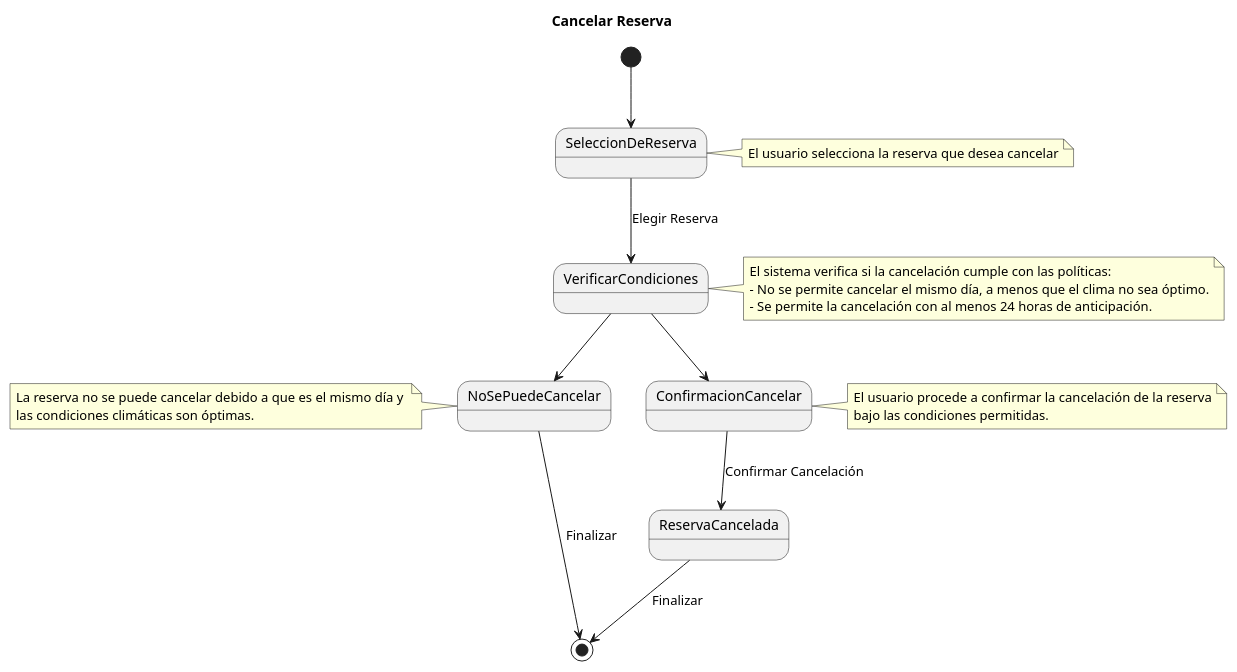
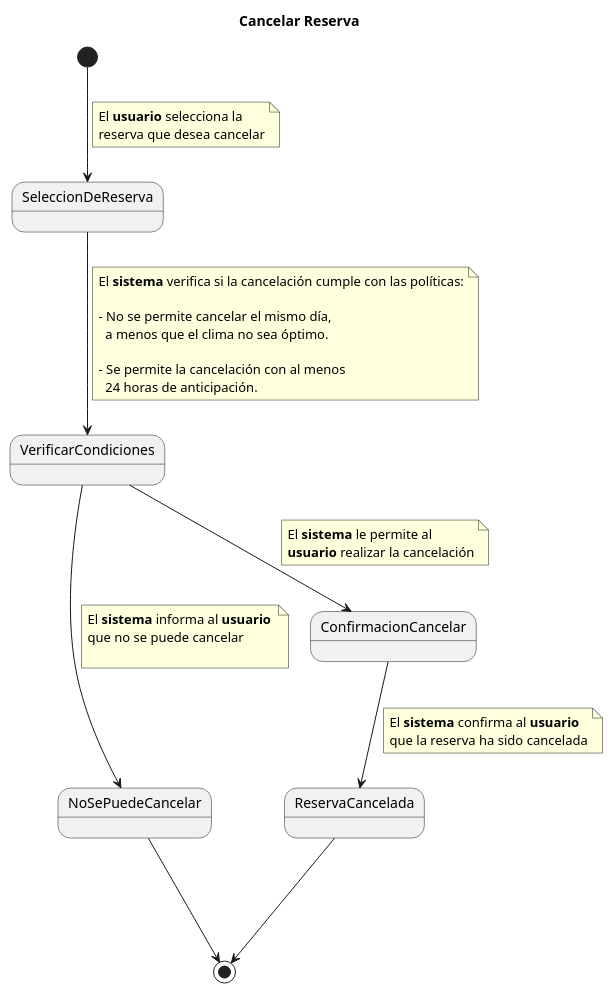
Before and after one commit to pablarce/23-24-IdSw1-SDR: the diagram in CasosDeUso/CduDetallados/CduReserva/CancelarReserva.puml, drawn with PlantUML. The commit also changed 1 other file, not shown here.

Commit message:
Cambios a CDU CancelarReserva

```diff
--- a/CasosDeUso/CduDetallados/CduReserva/CancelarReserva.puml
+++ b/CasosDeUso/CduDetallados/CduReserva/CancelarReserva.puml
@@ -1,34 +1,44 @@
 @startuml
 title Cancelar Reserva
 
 [*] --> SeleccionDeReserva
-note right of SeleccionDeReserva
- El usuario selecciona la reserva que desea cancelar
+note on link
+ El **usuario** selecciona la 
+ reserva que desea cancelar
 end note
 
-SeleccionDeReserva --> VerificarCondiciones : Elegir Reserva
-note right of VerificarCondiciones
- El sistema verifica si la cancelación cumple con las políticas:
- - No se permite cancelar el mismo día, a menos que el clima no sea óptimo.
- - Se permite la cancelación con al menos 24 horas de anticipación.
+SeleccionDeReserva --> VerificarCondiciones
+note on link
+ El **sistema** verifica si la cancelación cumple con las políticas:
+
+ - No se permite cancelar el mismo día, 
+   a menos que el clima no sea óptimo.
+
+ - Se permite la cancelación con al menos 
+   24 horas de anticipación.
 end note
 
-VerificarCondiciones --> NoSePuedeCancelar 
-note left of NoSePuedeCancelar
- La reserva no se puede cancelar debido a que es el mismo día y 
- las condiciones climáticas son óptimas.
+VerificarCondiciones ---> NoSePuedeCancelar 
+note on link
+ El **sistema** informa al **usuario** 
+ que no se puede cancelar
+
 end note
 
 VerificarCondiciones --> ConfirmacionCancelar
-note right of ConfirmacionCancelar
- El usuario procede a confirmar la cancelación de la reserva
- bajo las condiciones permitidas.
+note on link
+El **sistema** le permite al 
+**usuario** realizar la cancelación
 end note
 
-ConfirmacionCancelar --> ReservaCancelada : Confirmar Cancelación
+ConfirmacionCancelar --> ReservaCancelada
+note on link
+El **sistema** confirma al **usuario**
+que la reserva ha sido cancelada
+end note
 
 
-NoSePuedeCancelar --> [*] : Finalizar
-ReservaCancelada --> [*] : Finalizar
+NoSePuedeCancelar ---> [*] 
+ReservaCancelada ---> [*]
 
 @enduml
```
